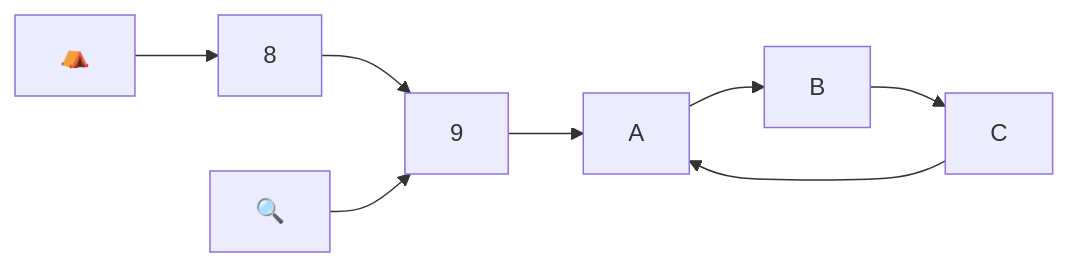
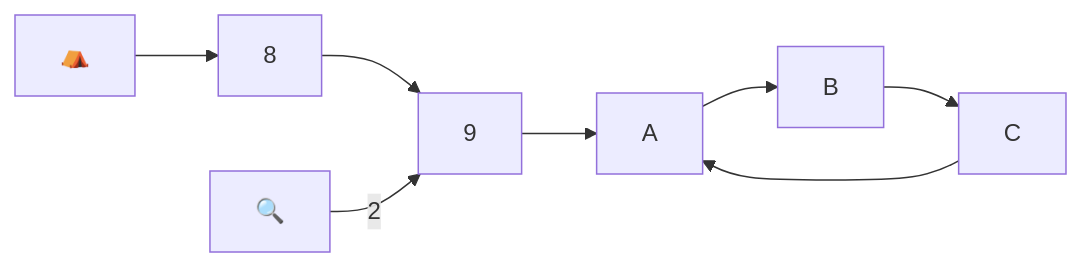
Before and after one commit to raganwald/raganwald.github.com: the tenth of 13 diagrams in _posts/2026-02-15-nuralagus-rex.md, drawn with Mermaid. The commit also changed other lines of this file, not shown here.

```diff
--- a/_posts/2026-02-15-nuralagus-rex.md
+++ b/_posts/2026-02-15-nuralagus-rex.md
@@ -219,15 +219,15 @@
 <div class="mermaid">
   graph LR
     
     base["⛺️"]
     search["🔍"]
     e["8"]
     f["9"]
     g["A"]
     h["B"]
     i["C"]
 
     e-->f-->g-->h-->i-->g
     base-->e
-    search-->f
+    search--2-->f
 </div>
```
